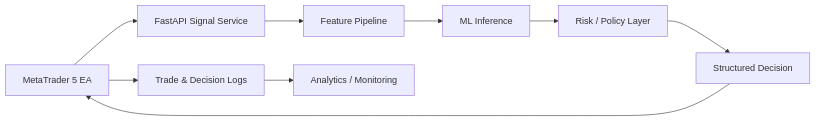
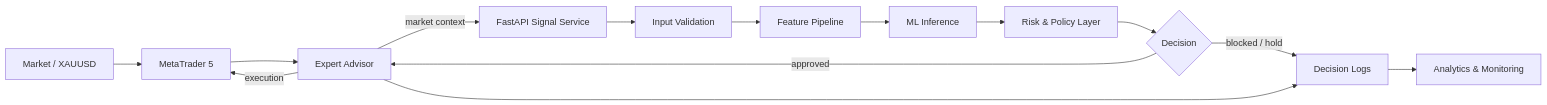
One commit to AshwinThakoor/nexora-trading-engine changed the first of 7 diagrams in ARCHITECTURE.md. Above: the diagram before and after it, drawn with Mermaid. The commit also changed other lines of this file, not shown here.

Commit message:
Expand architecture documentation with detailed system diagrams

````diff
--- a/ARCHITECTURE.md
+++ b/ARCHITECTURE.md
@@ -7,11 +9,16 @@
 ```mermaid
 flowchart LR
-    MT5[MetaTrader 5 EA] --> API[FastAPI Signal Service]
-    API --> FEATURES[Feature Pipeline]
+    MARKET[Market / XAUUSD] --> MT5[MetaTrader 5]
+    MT5 --> EA[Expert Advisor]
+    EA -->|market context| API[FastAPI Signal Service]
+    API --> VALIDATE[Input Validation]
+    VALIDATE --> FEATURES[Feature Pipeline]
     FEATURES --> MODEL[ML Inference]
-    MODEL --> POLICY[Risk / Policy Layer]
-    POLICY --> DECISION[Structured Decision]
-    DECISION --> MT5
-    MT5 --> LOGS[Trade & Decision Logs]
-    LOGS --> ANALYTICS[Analytics / Monitoring]
+    MODEL --> POLICY[Risk & Policy Layer]
+    POLICY --> DECISION{Decision}
+    DECISION -->|approved| EA
+    DECISION -->|blocked / hold| LOGS[Decision Logs]
+    EA -->|execution| MT5
+    EA --> LOGS
+    LOGS --> ANALYTICS[Analytics & Monitoring]
 ```
````
